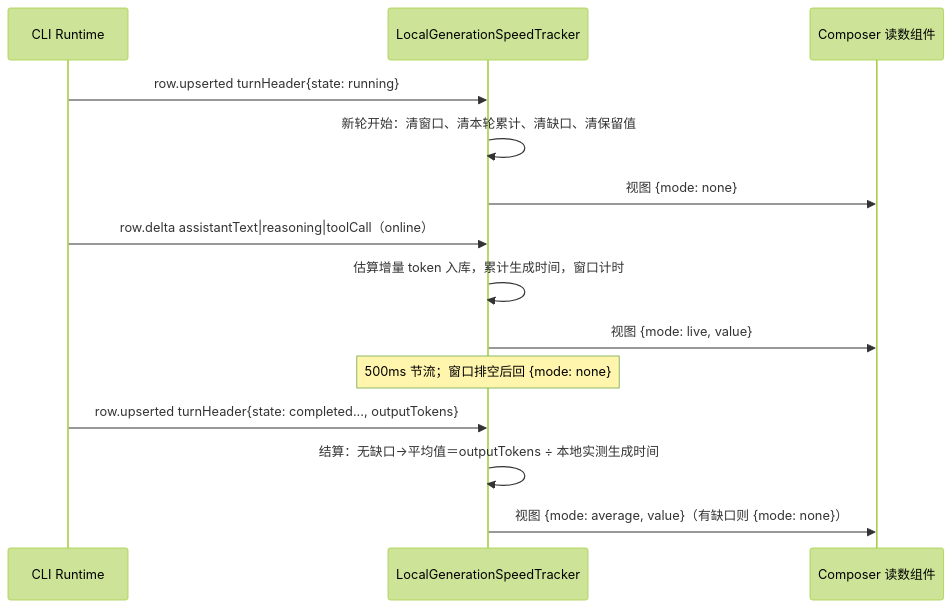
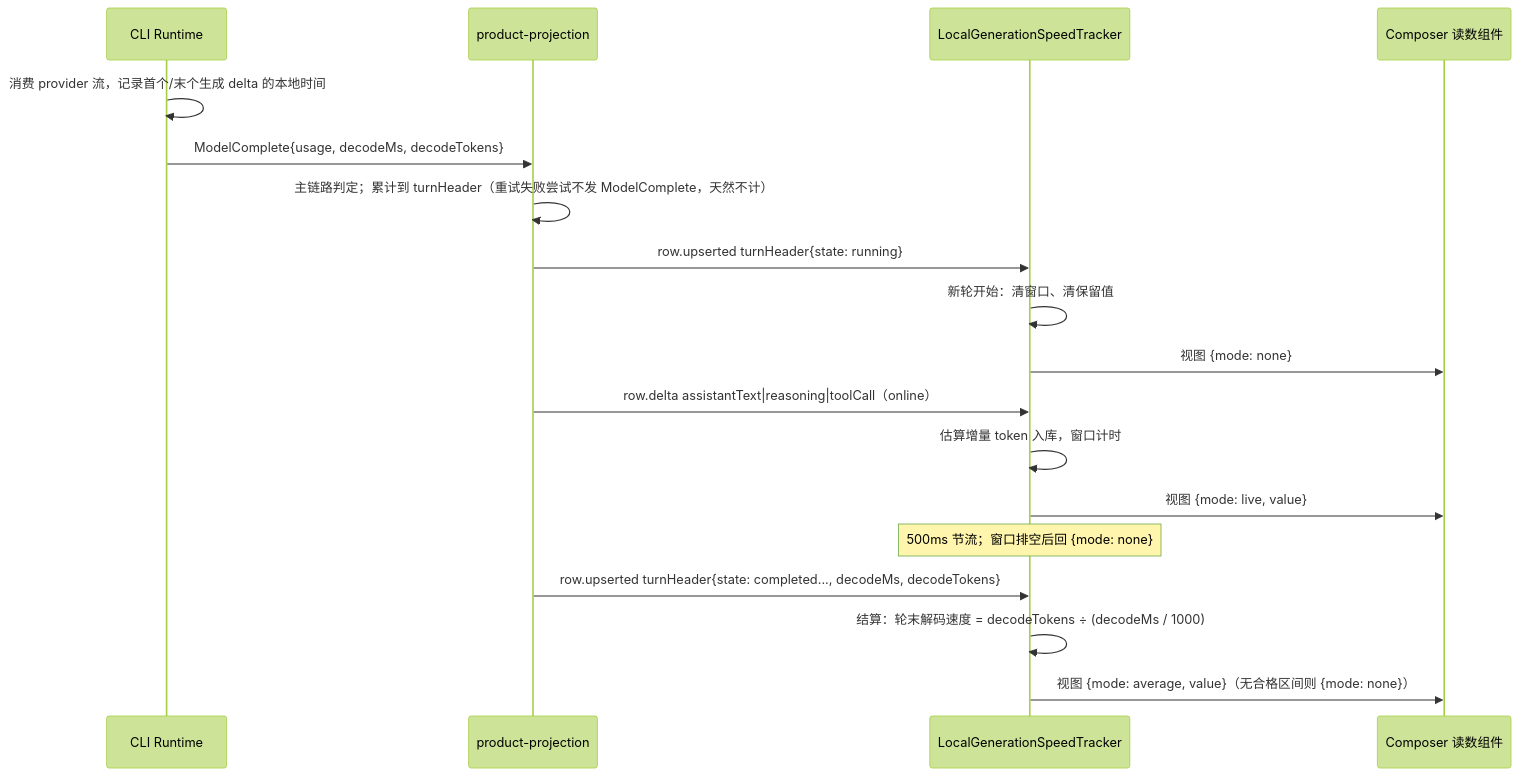
The diagram in docs/specs/conversation-generation-speed.md (sekfung/ESCode), drawn with Mermaid (forest theme) before and after one commit. The commit also changed other lines of this file and 17 other files, not shown here.

````diff
--- a/docs/specs/conversation-generation-speed.md
+++ b/docs/specs/conversation-generation-speed.md
@@ -85,17 +98,21 @@
 ```mermaid
 sequenceDiagram
-    participant T as CLI Runtime
+    participant R as CLI Runtime
+    participant P as product-projection
     participant Tr as LocalGenerationSpeedTracker
     participant C as Composer 读数组件
 
-    T->>Tr: row.upserted turnHeader{state: running}
-    Tr->>Tr: 新轮开始：清窗口、清本轮累计、清缺口、清保留值
+    R->>R: 消费 provider 流，记录首个/末个生成 delta 的本地时间
+    R->>P: ModelComplete{usage, decodeMs, decodeTokens}
+    P->>P: 主链路判定；累计到 turnHeader（重试失败尝试不发 ModelComplete，天然不计）
+    P->>Tr: row.upserted turnHeader{state: running}
+    Tr->>Tr: 新轮开始：清窗口、清保留值
     Tr->>C: 视图 {mode: none}
-    T->>Tr: row.delta assistantText|reasoning|toolCall（online）
-    Tr->>Tr: 估算增量 token 入库，累计生成时间，窗口计时
+    P->>Tr: row.delta assistantText|reasoning|toolCall（online）
+    Tr->>Tr: 估算增量 token 入库，窗口计时
     Tr->>C: 视图 {mode: live, value}
     Note over Tr: 500ms 节流；窗口排空后回 {mode: none}
-    T->>Tr: row.upserted turnHeader{state: completed..., outputTokens}
-    Tr->>Tr: 结算：无缺口→平均值＝outputTokens ÷ 本地实测生成时间
-    Tr->>C: 视图 {mode: average, value}（有缺口则 {mode: none}）
+    P->>Tr: row.upserted turnHeader{state: completed..., decodeMs, decodeTokens}
+    Tr->>Tr: 结算：轮末解码速度 = decodeTokens ÷ (decodeMs / 1000)
+    Tr->>C: 视图 {mode: average, value}（无合格区间则 {mode: none}）
 ```
````
